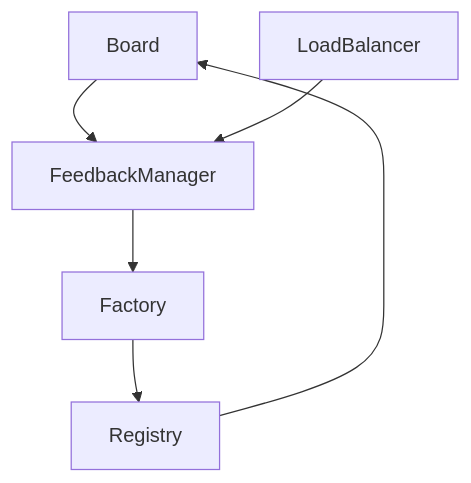
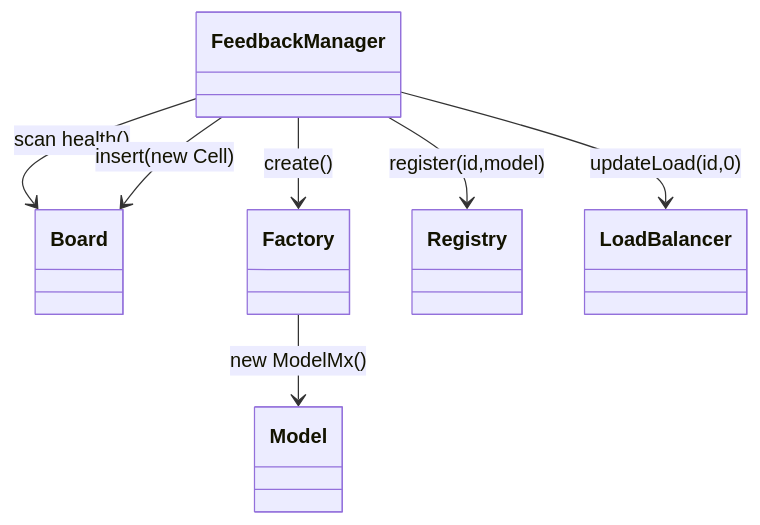
The fourth of 6 diagrams in chainofresponsibility/extreme/multioutcomechain/Readme.md (VishuKalier2003/Enterprise-Components), drawn with Mermaid before and after one commit. The commit also changed other lines of this file, not shown here.

````diff
--- a/chainofresponsibility/extreme/multioutcomechain/Readme.md
+++ b/chainofresponsibility/extreme/multioutcomechain/Readme.md
@@ -367,8 +232,9 @@
 ```mermaid
-graph TB
-  Board --> FeedbackManager
-  LoadBalancer --> FeedbackManager
-  FeedbackManager --> Factory
-  Factory --> Registry
-  Registry --> Board
+classDiagram
+    FeedbackManager --> Board : scan health()
+    FeedbackManager --> Factory : create()
+    Factory --> Model : new ModelMx()
+    FeedbackManager --> Registry : register(id,model)
+    FeedbackManager --> LoadBalancer : updateLoad(id,0)
+    FeedbackManager --> Board : insert(new Cell)
 ```
````
